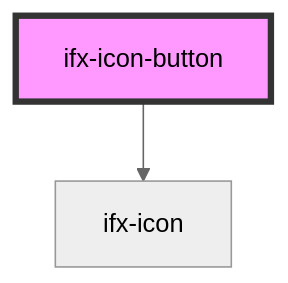
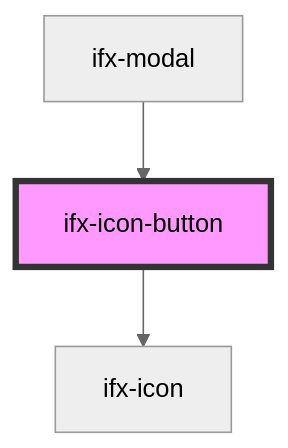
Before and after one commit to Infineon/infineon-design-system-stencil: the diagram in packages/components/src/components/icon-button/readme.md, drawn with Mermaid (neutral theme). The commit also changed other lines of this file and 8 other files, not shown here.

````diff
--- a/packages/components/src/components/icon-button/readme.md
+++ b/packages/components/src/components/icon-button/readme.md
@@ -41,5 +45,6 @@
 ```mermaid
 graph TD;
   ifx-icon-button --> ifx-icon
+  ifx-modal --> ifx-icon-button
   style ifx-icon-button fill:#f9f,stroke:#333,stroke-width:4px
 ```
````
